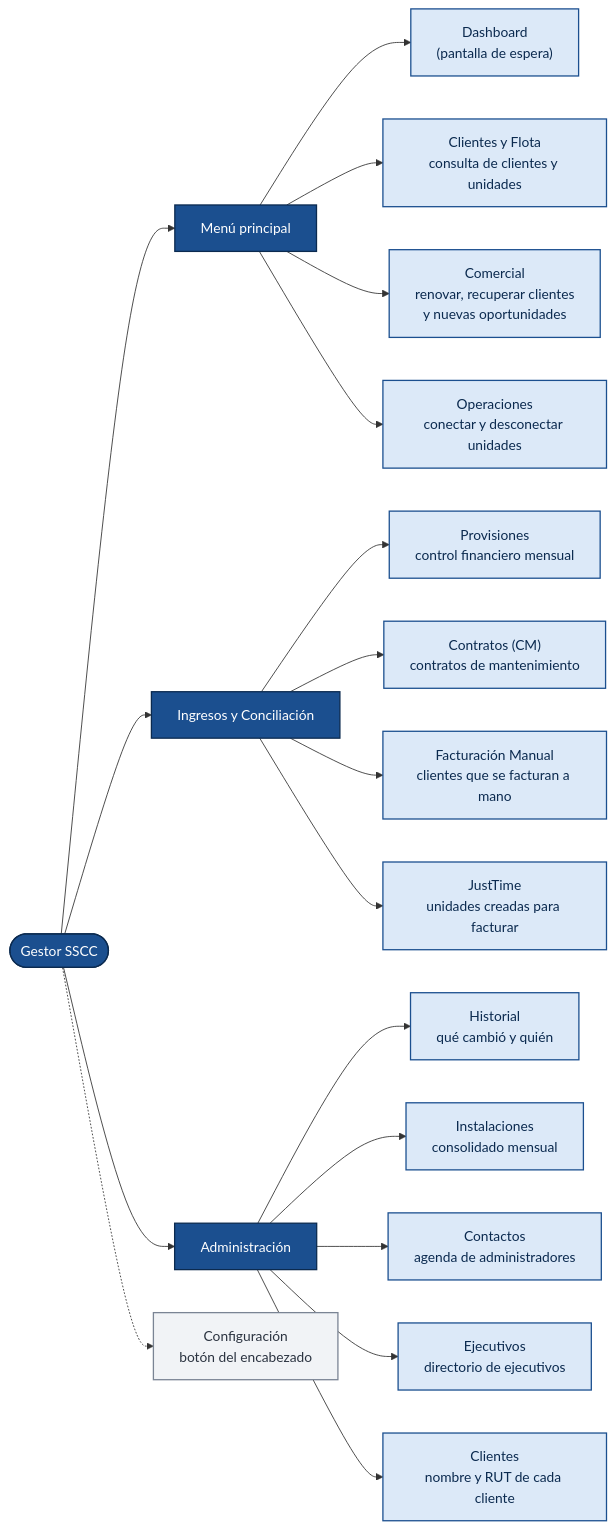
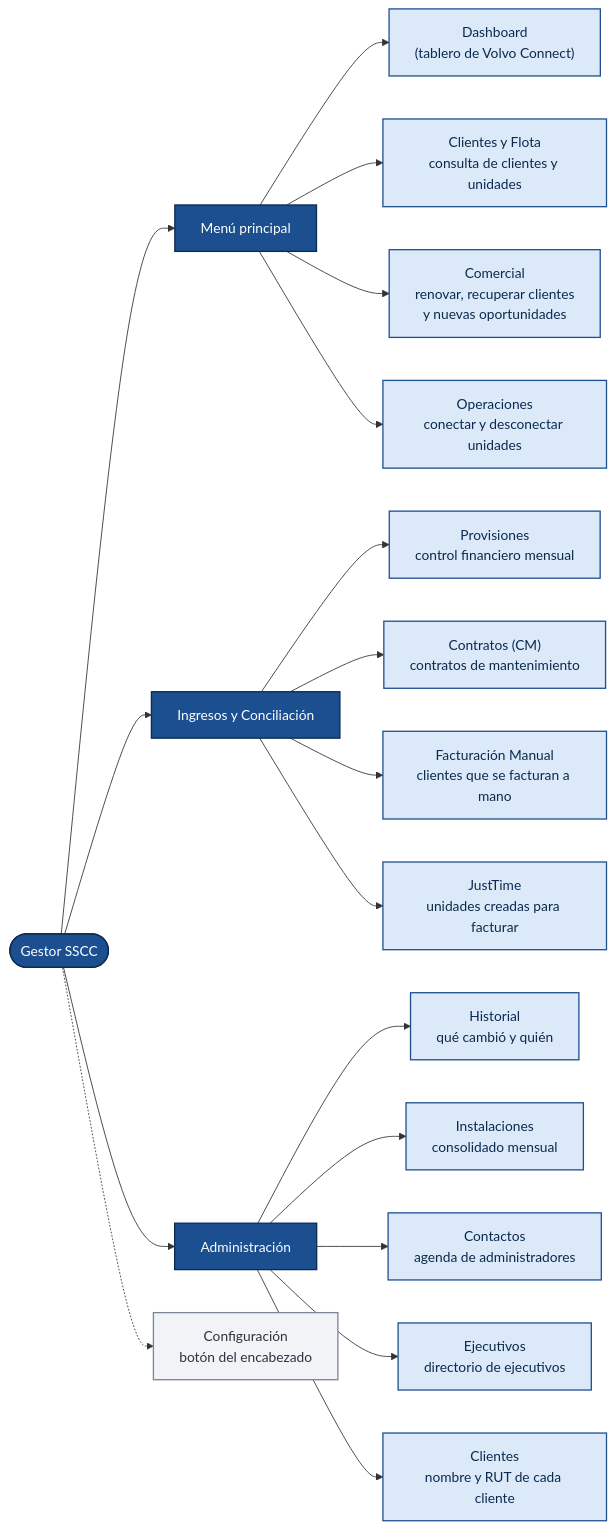
Before and after one commit to felipeMon20/PTY4614-302-EQUIPO-2: the first of 31 diagrams in Fase 2/Evidencias Proyecto/Evidencias de documentación/docs/08. Arquitectura Visual y Diagramas.md, drawn with Mermaid. The commit also changed other lines of this file and 315 other files, not shown here.

````diff
--- a/Fase 2/Evidencias Proyecto/Evidencias de documentación/docs/08. Arquitectura Visual y Diagramas.md
+++ b/Fase 2/Evidencias Proyecto/Evidencias de documentación/docs/08. Arquitectura Visual y Diagramas.md
@@ -31,29 +33,29 @@
 ```mermaid
 flowchart LR
     APP(["Gestor SSCC"]):::grupo
     APP --> MEN["Menú principal"]:::grupo
-    MEN --> INI["Dashboard<br/>(pantalla de espera)"]:::pantalla
+    MEN --> INI["Dashboard<br/>(tablero de Volvo Connect)"]:::pantalla
     MEN --> GEN["Clientes y Flota<br/>consulta de clientes y unidades"]:::pantalla
     MEN --> COM["Comercial<br/>renovar, recuperar clientes<br/>y nuevas oportunidades"]:::pantalla
     MEN --> OPE["Operaciones<br/>conectar y desconectar unidades"]:::pantalla
     APP --> ING["Ingresos y Conciliación"]:::grupo
     ING --> P1["Provisiones<br/>control financiero mensual"]:::pantalla
     ING --> P2["Contratos (CM)<br/>contratos de mantenimiento"]:::pantalla
     ING --> P3["Facturación Manual<br/>clientes que se facturan a mano"]:::pantalla
     ING --> P4["JustTime<br/>unidades creadas para facturar"]:::pantalla
     APP --> ADM["Administración"]:::grupo
     ADM --> A1["Historial<br/>qué cambió y quién"]:::pantalla
     ADM --> A2["Instalaciones<br/>consolidado mensual"]:::pantalla
     ADM --> A3["Contactos<br/>agenda de administradores"]:::pantalla
     ADM --> A4["Ejecutivos<br/>directorio de ejecutivos"]:::pantalla
     ADM --> A5["Clientes<br/>nombre y RUT de cada cliente"]:::pantalla
     APP -.-> CFG["Configuración<br/>botón del encabezado"]:::archivo
     classDef pantalla fill:#DCE9F8,stroke:#1B4F8F,color:#0B2A4F,stroke-width:1.5px
     classDef grupo fill:#1B4F8F,stroke:#0B2A4F,color:#FFFFFF,stroke-width:1.5px
     classDef accion fill:#E3F4E8,stroke:#2E7D4F,color:#14452A,stroke-width:1.5px
     classDef archivo fill:#F1F3F6,stroke:#7A8494,color:#2B3340,stroke-width:1.5px
     classDef externo fill:#EDE7F6,stroke:#6B4FA8,color:#3A2670,stroke-width:1.5px
     classDef alerta fill:#FDECEC,stroke:#B3372F,color:#6E1712,stroke-width:1.5px
     classDef aviso fill:#FFF4D6,stroke:#B58100,color:#5C4300,stroke-width:1.5px
     classDef neutro fill:#FFFFFF,stroke:#8A94A6,color:#2B3340,stroke-width:1.5px
 ```
````
